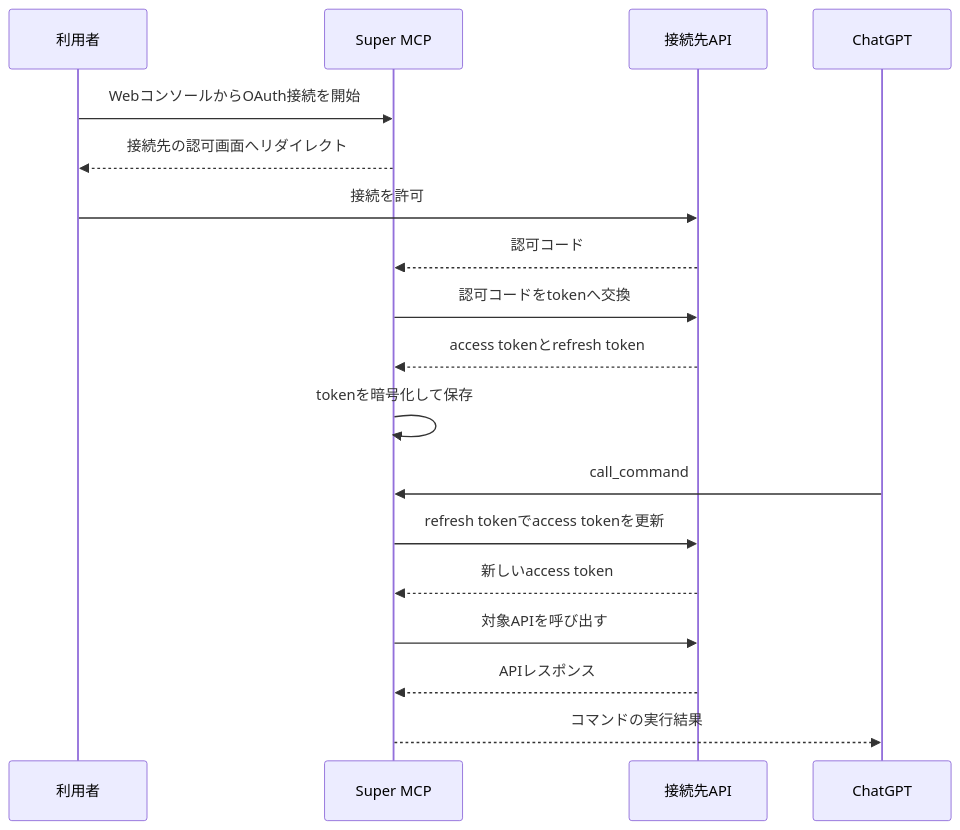
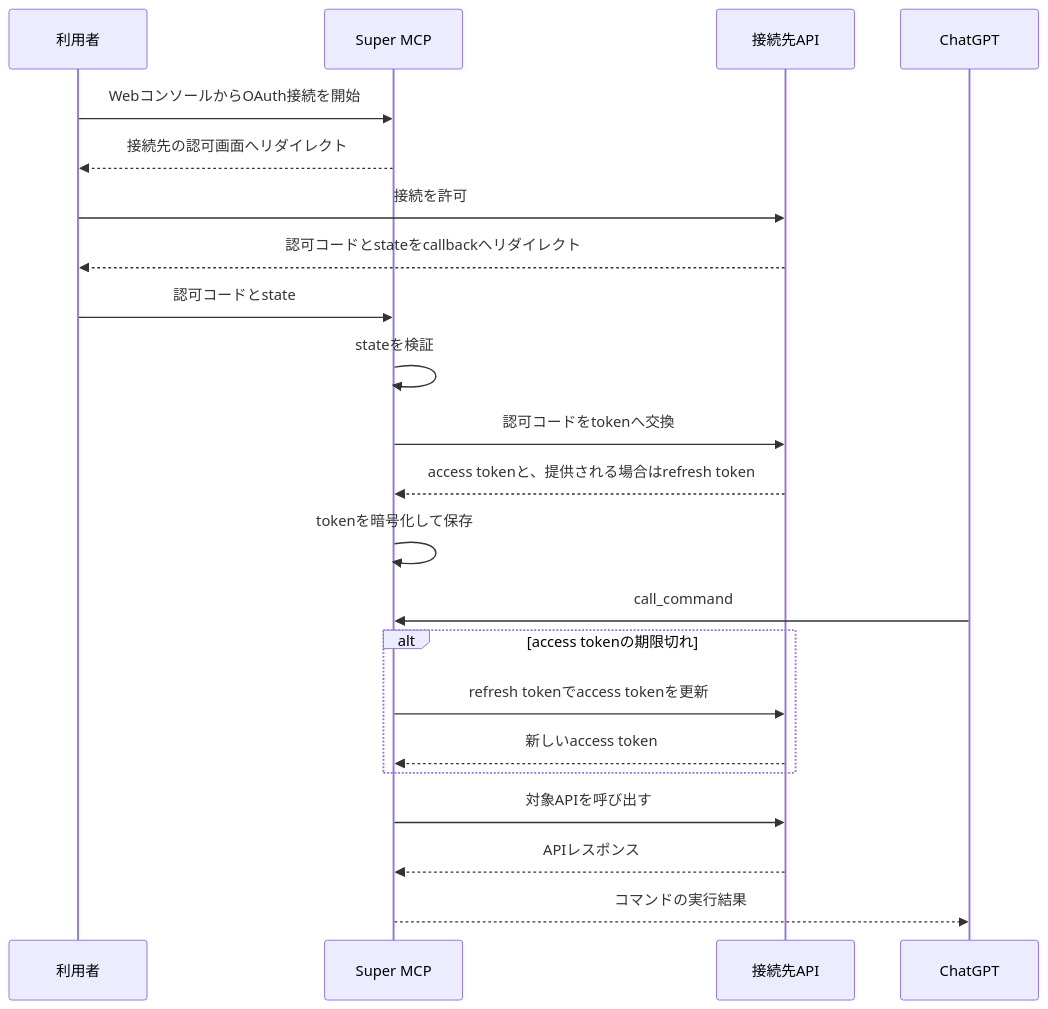
One commit to reizt/zenn changed the second of 2 diagrams in articles/super-mcp-chatgpt.md. Above: the diagram before and after it, drawn with Mermaid. The commit also changed other lines of this file and 3 other files, not shown here.

````diff
--- a/articles/super-mcp-chatgpt.md
+++ b/articles/super-mcp-chatgpt.md
@@ -264,20 +337,24 @@
 ```mermaid
 sequenceDiagram
     participant U as 利用者
     participant S as Super MCP
     participant A as 接続先API
     participant C as ChatGPT
     U->>S: WebコンソールからOAuth接続を開始
     S-->>U: 接続先の認可画面へリダイレクト
     U->>A: 接続を許可
-    A-->>S: 認可コード
+    A-->>U: 認可コードとstateをcallbackへリダイレクト
+    U->>S: 認可コードとstate
+    S->>S: stateを検証
     S->>A: 認可コードをtokenへ交換
-    A-->>S: access tokenとrefresh token
+    A-->>S: access tokenと、提供される場合はrefresh token
     S->>S: tokenを暗号化して保存
     C->>S: call_command
-    S->>A: refresh tokenでaccess tokenを更新
-    A-->>S: 新しいaccess token
+    alt access tokenの期限切れ
+        S->>A: refresh tokenでaccess tokenを更新
+        A-->>S: 新しいaccess token
+    end
     S->>A: 対象APIを呼び出す
     A-->>S: APIレスポンス
     S-->>C: コマンドの実行結果
 ```
````
